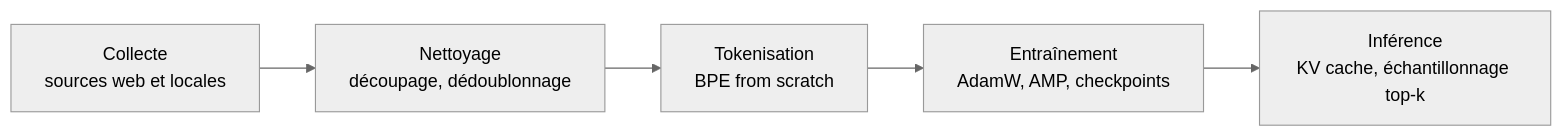
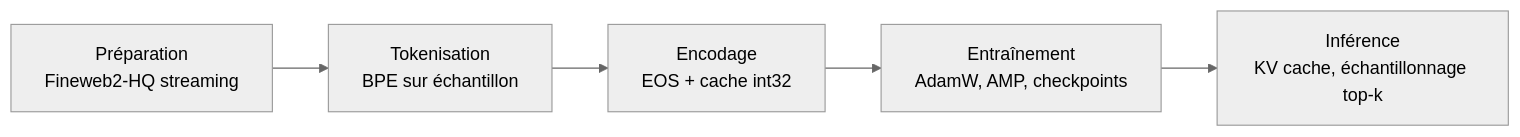
Before and after one commit to Por-Tra/Portr-AI: the third of 4 diagrams in README.md, drawn with Mermaid (neutral theme). The commit also changed other lines of this file and 7 other files, not shown here.

````diff
--- a/README.md
+++ b/README.md
@@ -335,7 +324,7 @@
 ```mermaid
 flowchart LR
-    A["Collecte<br/>sources web et locales"] --> B["Nettoyage<br/>découpage, dédoublonnage"]
-    B --> C["Tokenisation<br/>BPE from scratch"]
+    A["Préparation<br/>Fineweb2-HQ streaming"] --> B["Tokenisation<br/>BPE sur échantillon"]
+    B --> C["Encodage<br/>EOS + cache int32"]
     C --> D["Entraînement<br/>AdamW, AMP, checkpoints"]
     D --> E["Inférence<br/>KV cache, échantillonnage top-k"]
 ```
````
